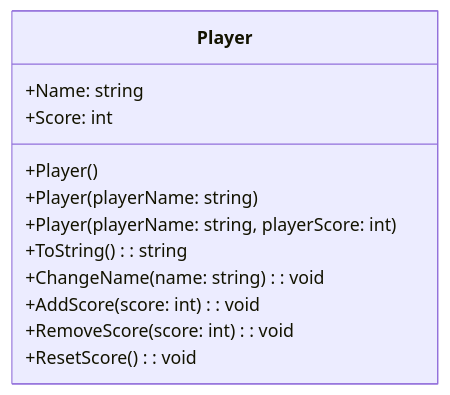
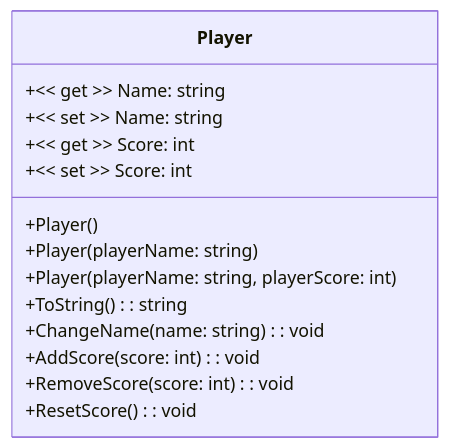
Before and after one commit to vives-oop1-2023/questionnaire-Robbedoes24: the fourth of 7 diagrams in README.md, drawn with Mermaid. The commit also changed other lines of this file, not shown here.

Commit message:
Fixed setters and getters in Readme

````diff
--- a/README.md
+++ b/README.md
@@ -145,15 +150,17 @@
 ```mermaid
     classDiagram
        class Player {
-           +Player()
-           +Player(playerName: string)
-           +Player(playerName: string, playerScore: int)
-           +ToString(): string
-           +ChangeName(name: string): void
-           +AddScore(score: int): void
-           +RemoveScore(score: int): void
-           +ResetScore(): void
-           +Name: string
-           +Score: int
+            +Player()
+            +Player(playerName: string)
+            +Player(playerName: string, playerScore: int)
+            +ToString(): string
+            +ChangeName(name: string): void
+            +AddScore(score: int): void
+            +RemoveScore(score: int): void
+            +ResetScore(): void
+            +<< get >> Name: string
+            +<< set >> Name: string
+            +<< get >> Score: int
+            +<< set >> Score: int
         }
 ```
````
